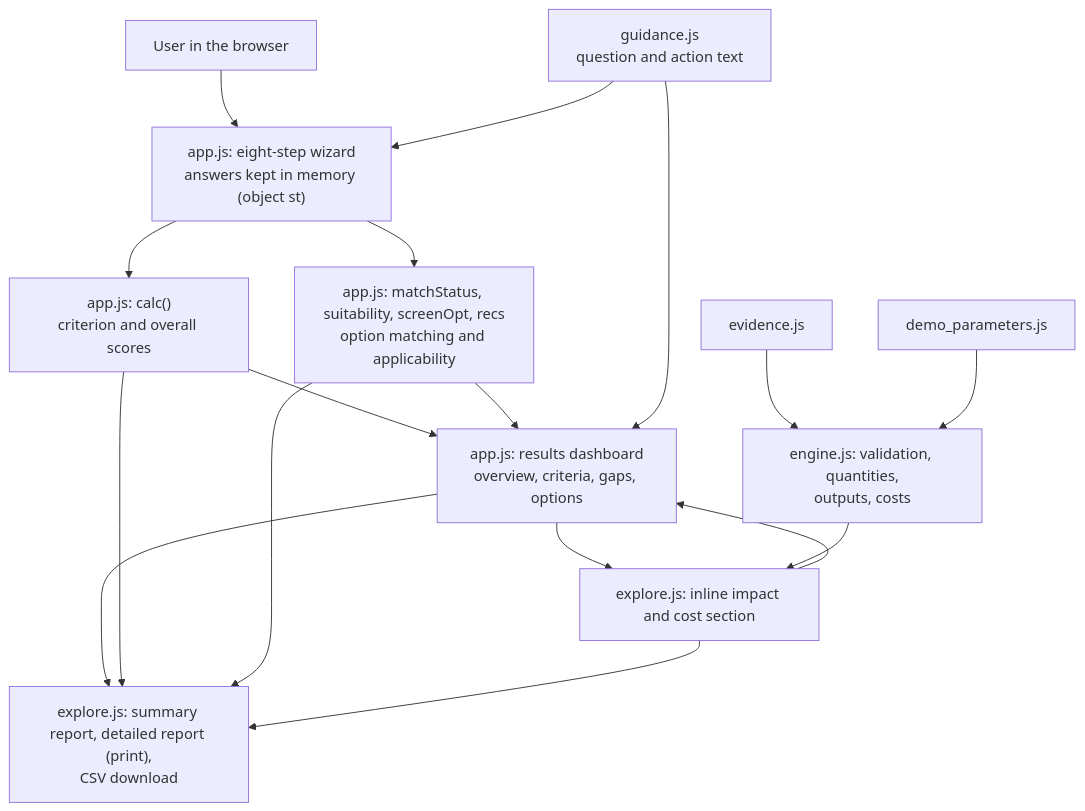
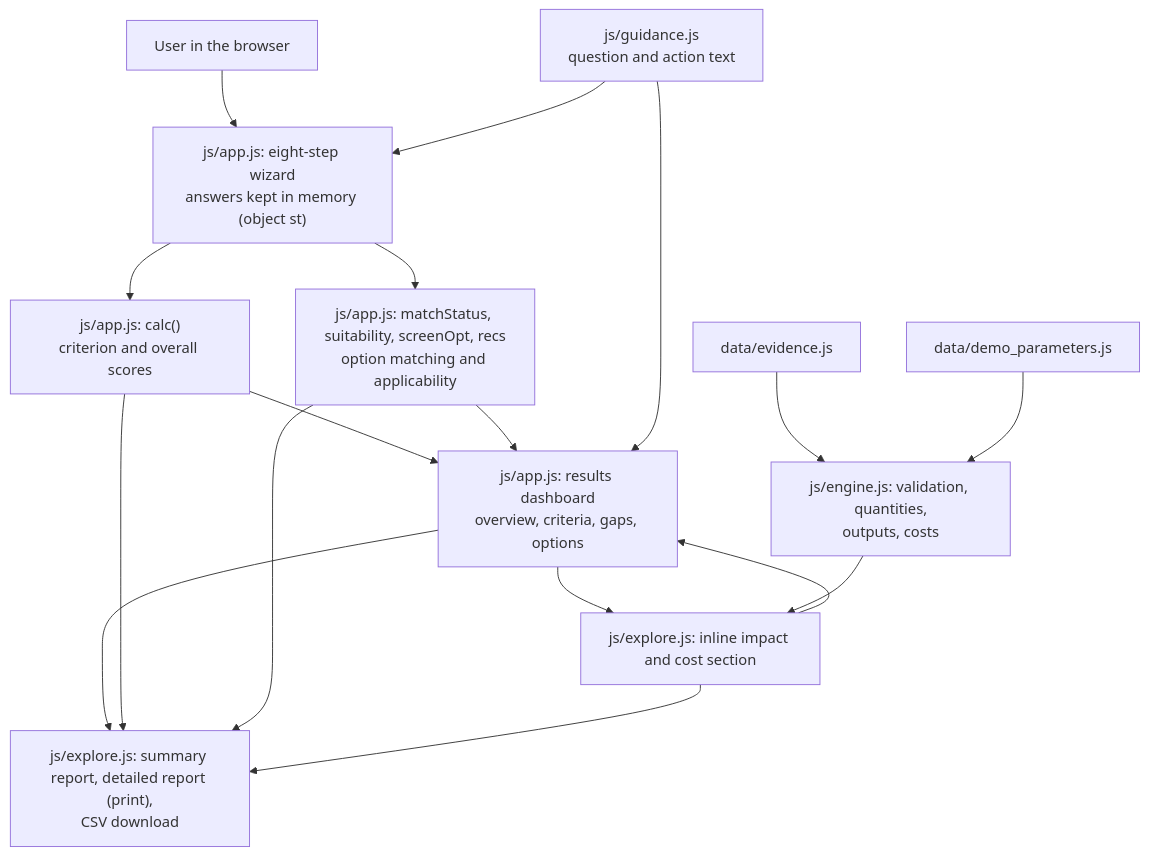
One commit to EsraaAlhaj/nbs4med-demo changed the first of 2 diagrams in TECHNICAL_DOCUMENTATION.md. Above: the diagram before and after it, drawn with Mermaid. The commit also changed other lines of this file and 392 other files, not shown here.

````diff
--- a/TECHNICAL_DOCUMENTATION.md
+++ b/TECHNICAL_DOCUMENTATION.md
@@ -198,19 +205,19 @@
 ```mermaid
 flowchart TD
-    U["User in the browser"] --> W["app.js: eight-step wizard<br/>answers kept in memory (object st)"]
-    G["guidance.js<br/>question and action text"] --> W
-    W --> S["app.js: calc()<br/>criterion and overall scores"]
-    W --> M["app.js: matchStatus, suitability, screenOpt, recs<br/>option matching and applicability"]
-    S --> R["app.js: results dashboard<br/>overview, criteria, gaps, options"]
+    U["User in the browser"] --> W["js/app.js: eight-step wizard<br/>answers kept in memory (object st)"]
+    G["js/guidance.js<br/>question and action text"] --> W
+    W --> S["js/app.js: calc()<br/>criterion and overall scores"]
+    W --> M["js/app.js: matchStatus, suitability, screenOpt, recs<br/>option matching and applicability"]
+    S --> R["js/app.js: results dashboard<br/>overview, criteria, gaps, options"]
     M --> R
     G --> R
-    R --> X["explore.js: inline impact and cost section"]
-    D1["evidence.js"] --> E["engine.js: validation, quantities,<br/>outputs, costs"]
-    D2["demo_parameters.js"] --> E
+    R --> X["js/explore.js: inline impact and cost section"]
+    D1["data/evidence.js"] --> E["js/engine.js: validation, quantities,<br/>outputs, costs"]
+    D2["data/demo_parameters.js"] --> E
     E --> X
     X --> R
-    R --> O["explore.js: summary report, detailed report (print),<br/>CSV download"]
+    R --> O["js/explore.js: summary report, detailed report (print),<br/>CSV download"]
     S --> O
     M --> O
     X --> O
 ```
````
